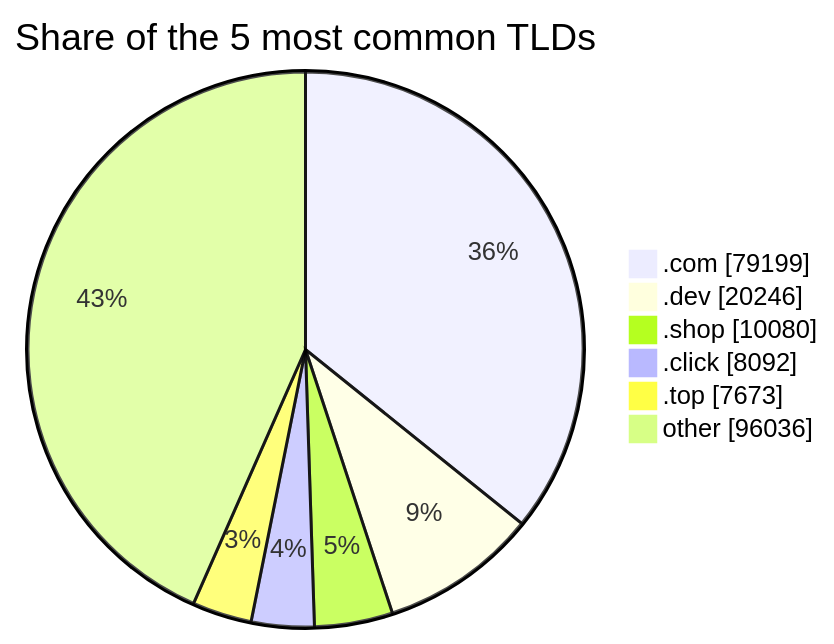
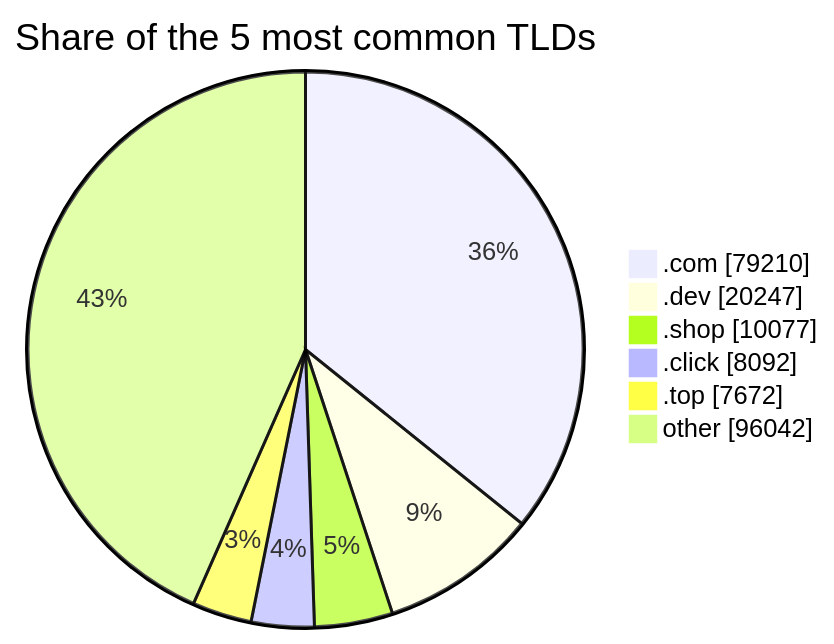
Before and after one commit to DNSBunker/CTI: the third of 3 diagrams in README.md, drawn with Mermaid. The commit also changed other lines of this file and 3 other files, not shown here.

````diff
--- a/README.md
+++ b/README.md
@@ -81,9 +81,9 @@
 ```mermaid
 pie showData title Share of the 5 most common TLDs
-    ".com" : 79199
-    ".dev" : 20246
-    ".shop" : 10080
+    ".com" : 79210
+    ".dev" : 20247
+    ".shop" : 10077
     ".click" : 8092
-    ".top" : 7673
-    "other" : 96036
+    ".top" : 7672
+    "other" : 96042
 ```
````
